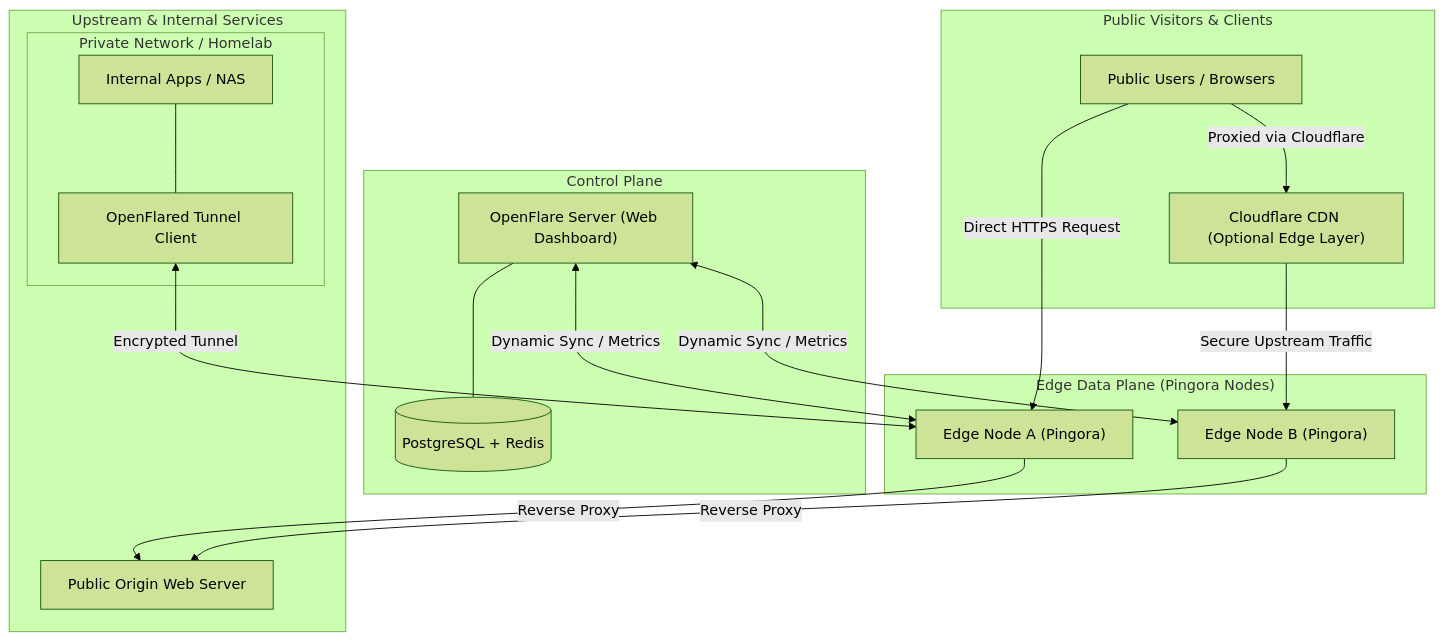
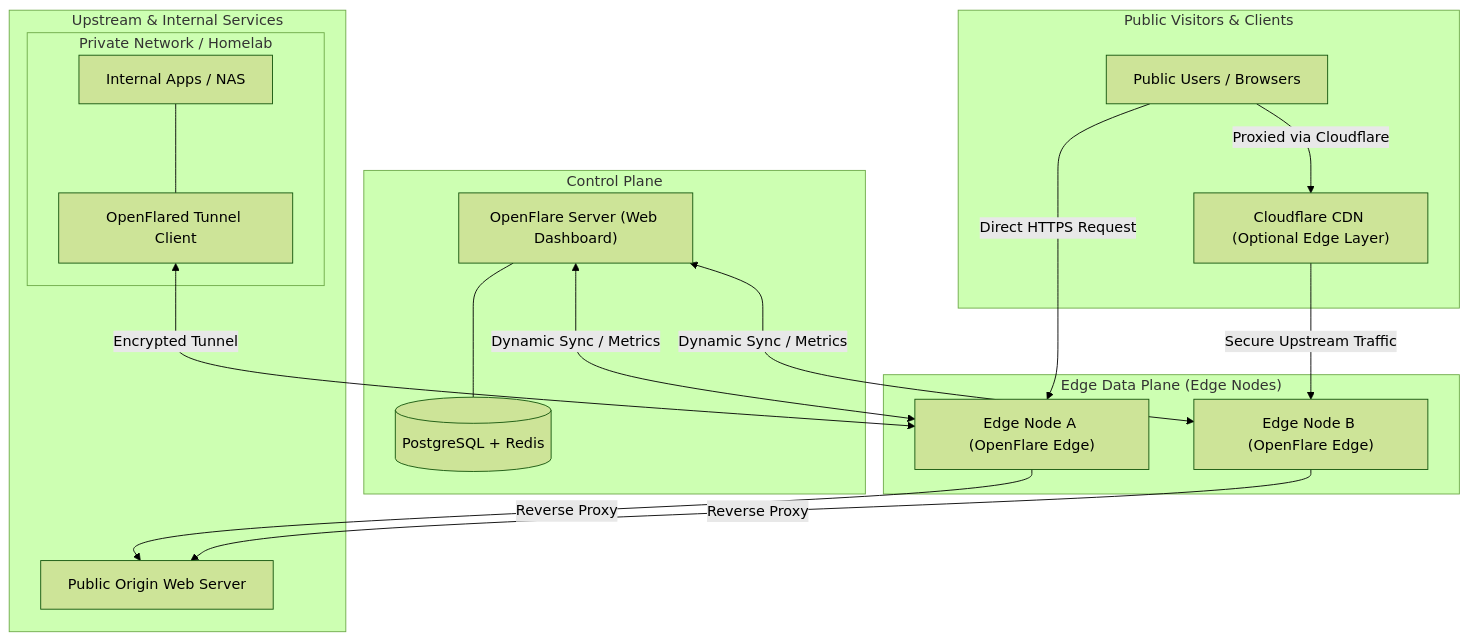
One commit to Rain-kl/OpenFlare changed the diagram in README.md. Above: the diagram before and after it, drawn with Mermaid (forest theme). The commit also changed other lines of this file and 85 other files, not shown here.

````diff
--- a/README.md
+++ b/README.md
@@ -77,39 +77,39 @@
 ```mermaid
 flowchart TD
     subgraph Visitors ["Public Visitors & Clients"]
         User["Public Users / Browsers"]
         CF["Cloudflare CDN (Optional Edge Layer)"]
     end
 
-    subgraph EdgePlane ["Edge Data Plane (Pingora Nodes)"]
-        Edge1["Edge Node A (Pingora)"]
-        Edge2["Edge Node B (Pingora)"]
+    subgraph EdgePlane ["Edge Data Plane (Edge Nodes)"]
+        Edge1["Edge Node A (OpenFlare Edge)"]
+        Edge2["Edge Node B (OpenFlare Edge)"]
     end
 
     subgraph ControlPlane ["Control Plane"]
         Server["OpenFlare Server (Web Dashboard)"]
         DB[("PostgreSQL + Redis")]
     end
 
     subgraph Backend ["Upstream & Internal Services"]
         Origin["Public Origin Web Server"]
         subgraph PrivateNet ["Private Network / Homelab"]
             NAS["Internal Apps / NAS"]
             Client["OpenFlared Tunnel Client"]
         end
     end
 
     User -->|Direct HTTPS Request| Edge1
     User -->|Proxied via Cloudflare| CF
     CF -->|Secure Upstream Traffic| Edge2
 
     Server <-->|Dynamic Sync / Metrics| Edge1
     Server <-->|Dynamic Sync / Metrics| Edge2
     Server --- DB
 
     Edge1 -->|Reverse Proxy| Origin
     Edge2 -->|Reverse Proxy| Origin
 
     Client <-->|Encrypted Tunnel| Edge1
     NAS --- Client
 ```
````
